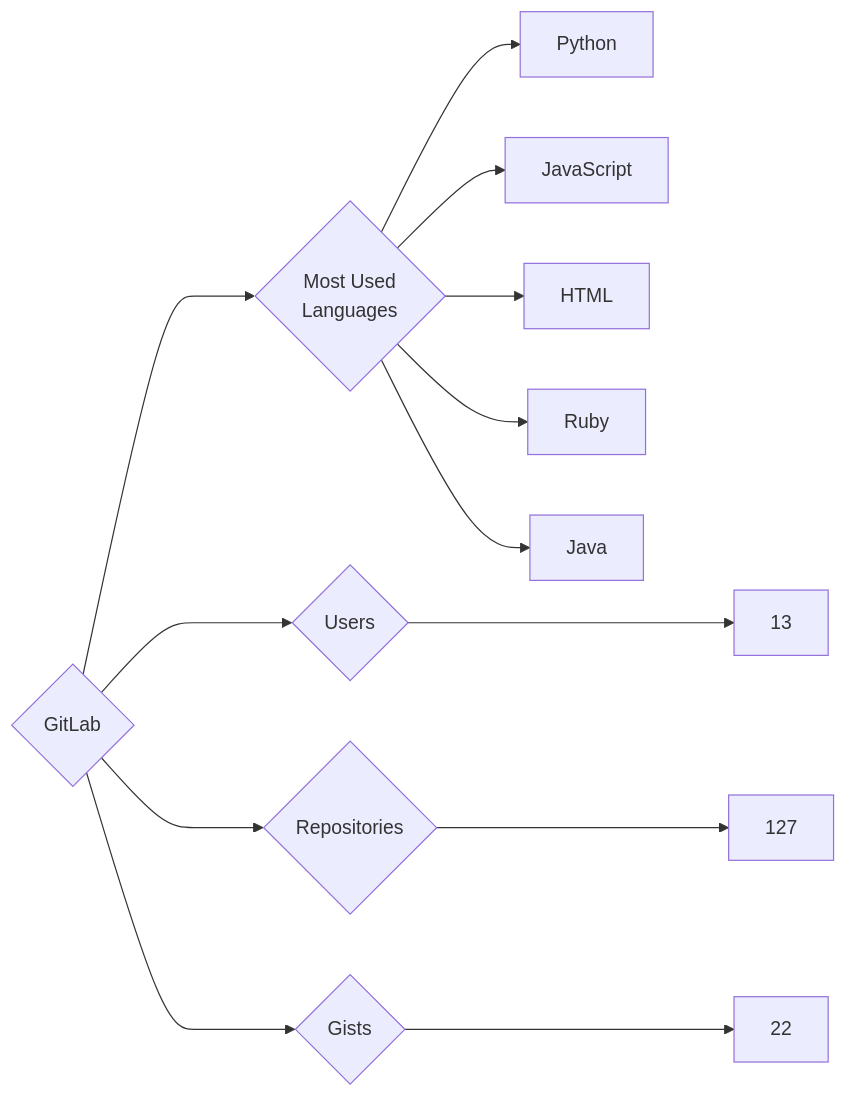
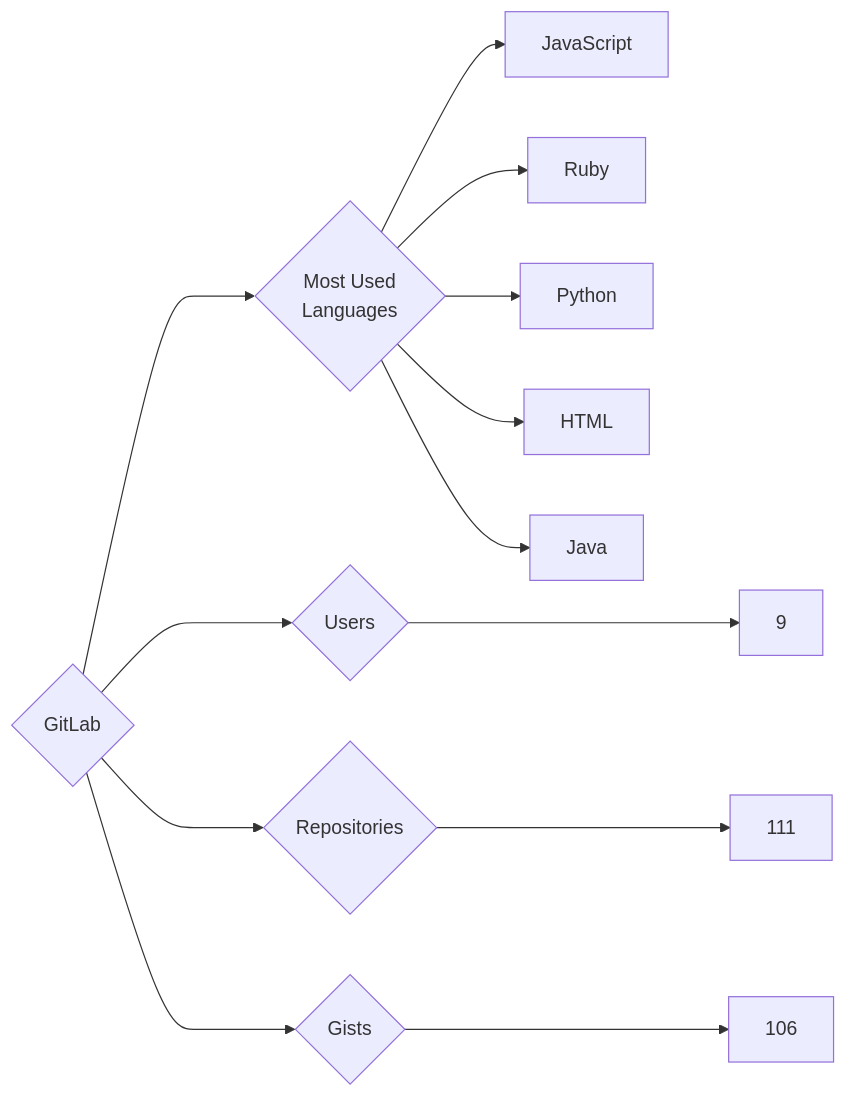
The diagram in targets/GitLab/README.md (trickest/insiders), drawn with Mermaid before and after one commit. The commit also changed 681 other files, not shown here.

````diff
--- a/targets/GitLab/README.md
+++ b/targets/GitLab/README.md
@@ -3,13 +3,13 @@
 ```mermaid
 graph LR
 COMPANY_NAME{GitLab}
-COMPANY_NAME ---> U{Users} ---> UN[13]
-COMPANY_NAME ---> R{Repositories} ---> RN[127]
-COMPANY_NAME ---> G{Gists} ---> GN[22]
+COMPANY_NAME ---> U{Users} ---> UN[9]
+COMPANY_NAME ---> R{Repositories} ---> RN[111]
+COMPANY_NAME ---> G{Gists} ---> GN[106]
 COMPANY_NAME ---> ML{Most Used<br>Languages}
+ML --> JavaScript[JavaScript]
+ML --> Ruby[Ruby]
 ML --> Python[Python]
-ML --> JavaScript[JavaScript]
 ML --> HTML[HTML]
-ML --> Ruby[Ruby]
 ML --> Java[Java]
 ```
````
